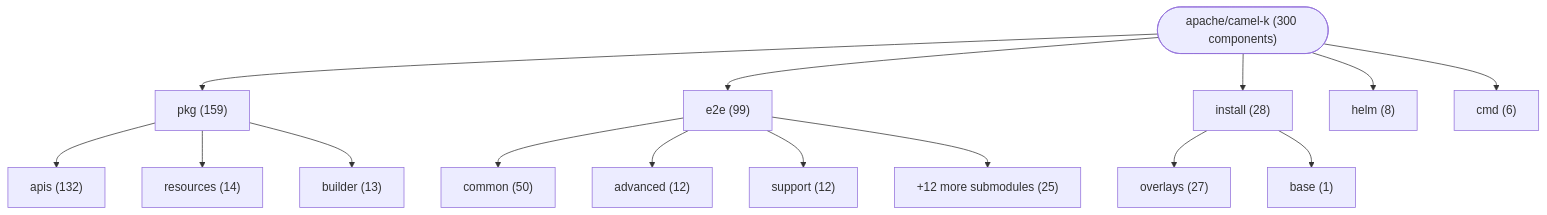
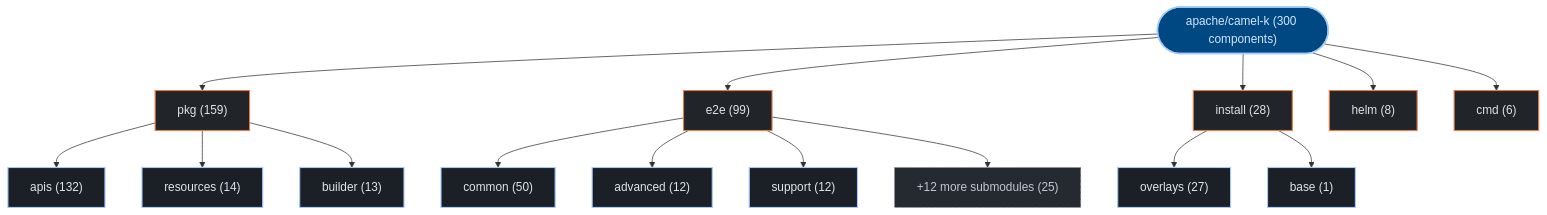
One commit to kumarshaz/atruss-code-atlas changed the first of 3 diagrams in exports/latest/reports/apache-camel-k-report.md. Above: the diagram before and after it, drawn with Mermaid. The commit also changed other lines of this file and 331 other files, not shown here.

Commit message:
docs,ui,fix: update SDLC docs, reorder CI/CD DAG first, stylize Mermaid, and fix Arc42 pipeline topology

````diff
--- a/exports/latest/reports/apache-camel-k-report.md
+++ b/exports/latest/reports/apache-camel-k-report.md
@@ -42,32 +42,39 @@
 ```mermaid
 graph TD;
-    repo_root(["apache/camel-k (300 components)"])
-    dir_0_pkg["pkg (159)"]
+  classDef atlasRoot fill:#004882,stroke:#a3c9ff,stroke-width:2px,color:#d3e4ff
+  classDef atlasCategory fill:#212428,stroke:#E87A48,stroke-width:1.5px,color:#dfe3eb
+  classDef atlasWorkflow fill:#1b2026,stroke:#a3c9ff,stroke-width:1.5px,color:#dfe3eb
+  classDef atlasJob fill:#171c22,stroke:#8d9199,stroke-width:1px,color:#dfe3eb
+  classDef atlasTarget fill:#005227,stroke:#8bd99b,stroke-width:1.5px,color:#a7f6b6
+  classDef atlasAlert fill:#93000a,stroke:#ffb4ab,stroke-width:1.5px,color:#ffdad6
+  classDef atlasMore fill:#252a31,stroke:#8d9199,stroke-dasharray:4 4,color:#c3c6cf
+    repo_root(["apache/camel-k (300 components)"]):::atlasRoot
+    dir_0_pkg["pkg (159)"]:::atlasCategory
     repo_root --> dir_0_pkg
-    sub_0_0_apis["apis (132)"]
+    sub_0_0_apis["apis (132)"]:::atlasWorkflow
     dir_0_pkg --> sub_0_0_apis
-    sub_0_1_resources["resources (14)"]
+    sub_0_1_resources["resources (14)"]:::atlasWorkflow
     dir_0_pkg --> sub_0_1_resources
-    sub_0_2_builder["builder (13)"]
+    sub_0_2_builder["builder (13)"]:::atlasWorkflow
     dir_0_pkg --> sub_0_2_builder
-    dir_1_e2e["e2e (99)"]
+    dir_1_e2e["e2e (99)"]:::atlasCategory
     repo_root --> dir_1_e2e
-    sub_1_0_common["common (50)"]
+    sub_1_0_common["common (50)"]:::atlasWorkflow
     dir_1_e2e --> sub_1_0_common
-    sub_1_1_advanced["advanced (12)"]
+    sub_1_1_advanced["advanced (12)"]:::atlasWorkflow
     dir_1_e2e --> sub_1_1_advanced
-    sub_1_2_support["support (12)"]
+    sub_1_2_support["support (12)"]:::atlasWorkflow
     dir_1_e2e --> sub_1_2_support
-    sub_1_more["+12 more submodules (25)"]
+    sub_1_more["+12 more submodules (25)"]:::atlasMore
     dir_1_e2e --> sub_1_more
-    dir_2_install["install (28)"]
+    dir_2_install["install (28)"]:::atlasCategory
     repo_root --> dir_2_install
-    sub_2_0_overlays["overlays (27)"]
+    sub_2_0_overlays["overlays (27)"]:::atlasWorkflow
     dir_2_install --> sub_2_0_overlays
-    sub_2_1_base["base (1)"]
+    sub_2_1_base["base (1)"]:::atlasWorkflow
     dir_2_install --> sub_2_1_base
-    dir_3_helm["helm (8)"]
+    dir_3_helm["helm (8)"]:::atlasCategory
     repo_root --> dir_3_helm
-    dir_4_cmd["cmd (6)"]
+    dir_4_cmd["cmd (6)"]:::atlasCategory
     repo_root --> dir_4_cmd
 ```
````
